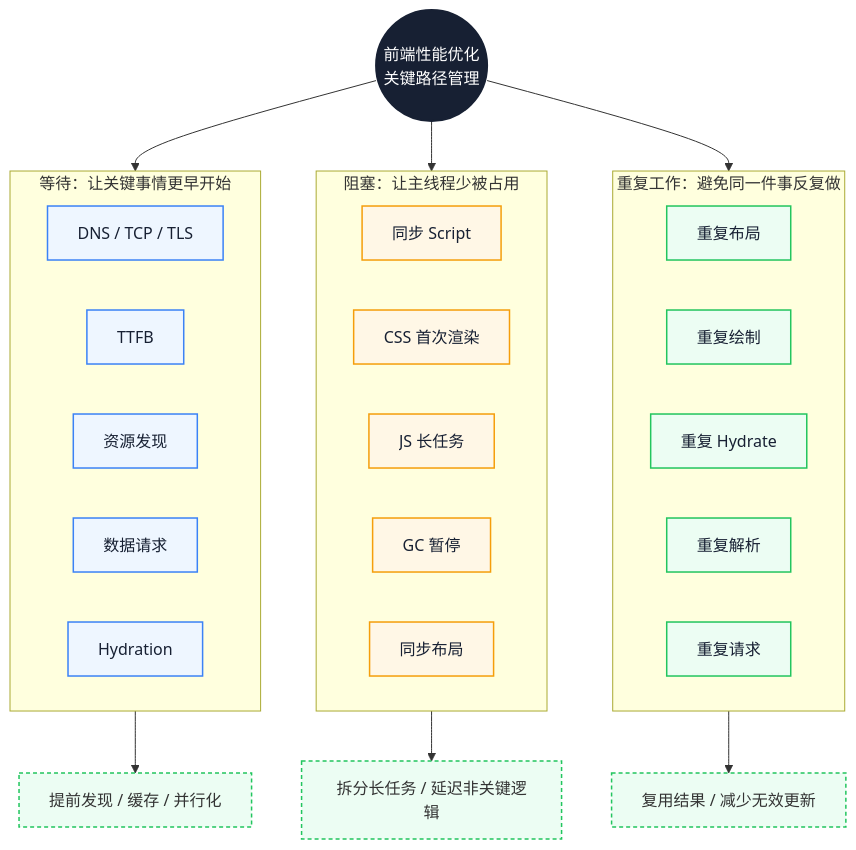
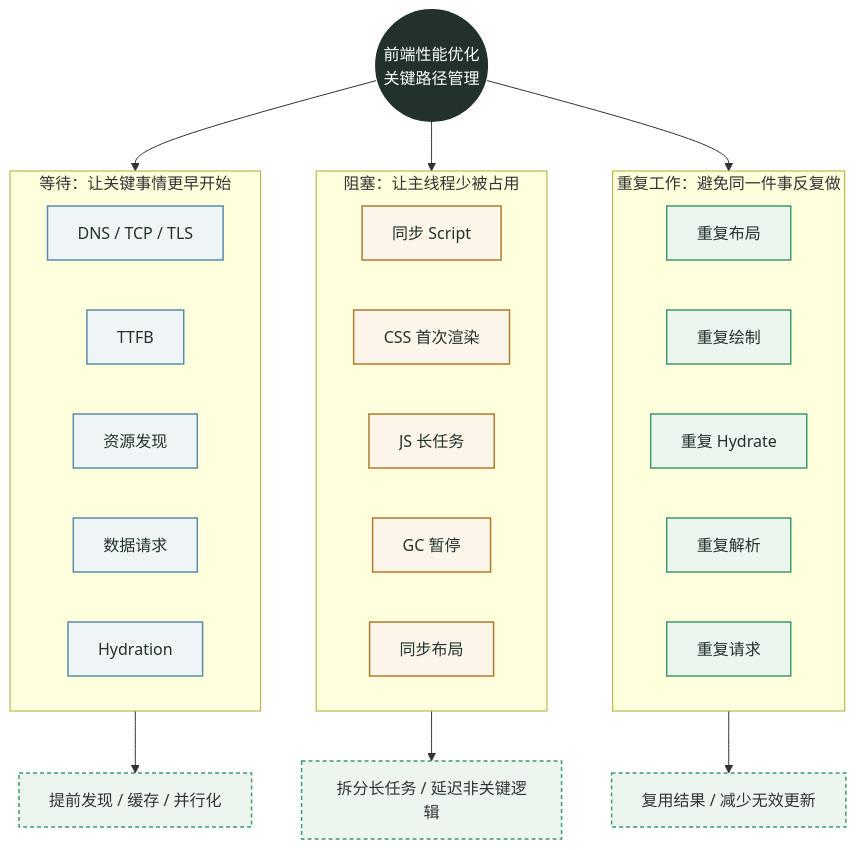
Before and after one commit to Fatejian/frontier-vault: the third of 3 diagrams in docs/performance/critical-path.md, drawn with Mermaid. The commit also changed other lines of this file and 63 other files, not shown here.

````diff
--- a/docs/performance/critical-path.md
+++ b/docs/performance/critical-path.md
@@ -622,49 +622,49 @@
 ```mermaid
 flowchart TB
     Core((前端性能优化<br/>关键路径管理))
 
     subgraph Wait["等待：让关键事情更早开始"]
         W1["DNS / TCP / TLS"]
         W2[TTFB]
         W3[资源发现]
         W4[数据请求]
         W5[Hydration]
     end
 
     subgraph Block["阻塞：让主线程少被占用"]
         B1[同步 Script]
         B2[CSS 首次渲染]
         B3[JS 长任务]
         B4[GC 暂停]
         B5[同步布局]
     end
 
     subgraph Repeat["重复工作：避免同一件事反复做"]
         R1[重复布局]
         R2[重复绘制]
         R3[重复 Hydrate]
         R4[重复解析]
         R5[重复请求]
     end
 
     Core --> Wait
     Core --> Block
     Core --> Repeat
 
     Wait --> Strategy1["提前发现 / 缓存 / 并行化"]
     Block --> Strategy2["拆分长任务 / 延迟非关键逻辑"]
     Repeat --> Strategy3["复用结果 / 减少无效更新"]
 
-    classDef core fill:#172033,color:#fff,stroke:#172033,stroke-width:2px;
-    classDef wait fill:#EEF6FF,stroke:#3B82F6,color:#172033,stroke-width:1.5px;
-    classDef block fill:#FFF7E6,stroke:#F59E0B,color:#172033,stroke-width:1.5px;
-    classDef work fill:#ECFDF3,stroke:#22C55E,color:#172033,stroke-width:1.5px;
+    classDef core fill:#22322B,color:#fff,stroke:#22322B,stroke-width:2px;
+    classDef wait fill:#EFF5F7,stroke:#5B8CA8,color:#22322B,stroke-width:1.5px;
+    classDef block fill:#FBF5EA,stroke:#B27B2C,color:#22322B,stroke-width:1.5px;
+    classDef work fill:#EDF5EF,stroke:#3E9B6B,color:#22322B,stroke-width:1.5px;
 
     class Core core;
     class W1,W2,W3,W4,W5 wait;
     class B1,B2,B3,B4,B5 block;
     class R1,R2,R3,R4,R5 work;
-    style Strategy1 fill:#ECFDF3,stroke:#22C55E,stroke-width:1.5px,stroke-dasharray: 4 3
-    style Strategy2 fill:#ECFDF3,stroke:#22C55E,stroke-width:1.5px,stroke-dasharray: 4 3
-    style Strategy3 fill:#ECFDF3,stroke:#22C55E,stroke-width:1.5px,stroke-dasharray: 4 3
+    style Strategy1 fill:#EDF5EF,stroke:#3E9B6B,stroke-width:1.5px,stroke-dasharray: 4 3
+    style Strategy2 fill:#EDF5EF,stroke:#3E9B6B,stroke-width:1.5px,stroke-dasharray: 4 3
+    style Strategy3 fill:#EDF5EF,stroke:#3E9B6B,stroke-width:1.5px,stroke-dasharray: 4 3
 ```
````
